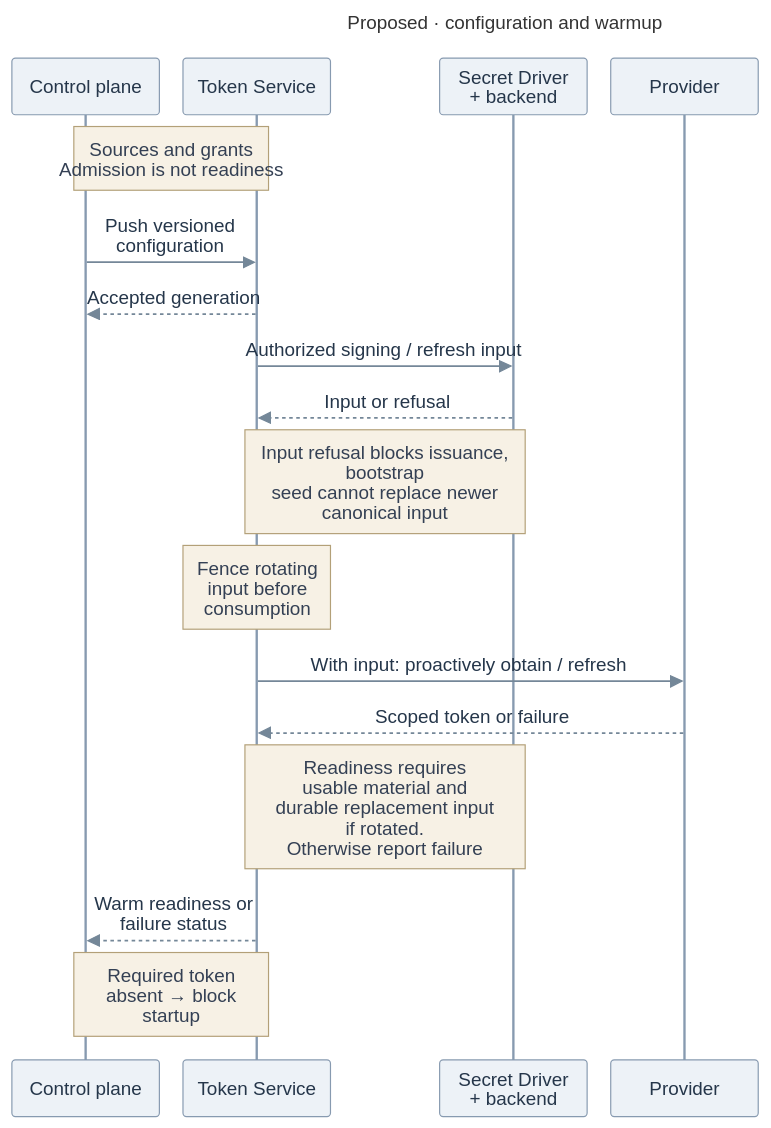
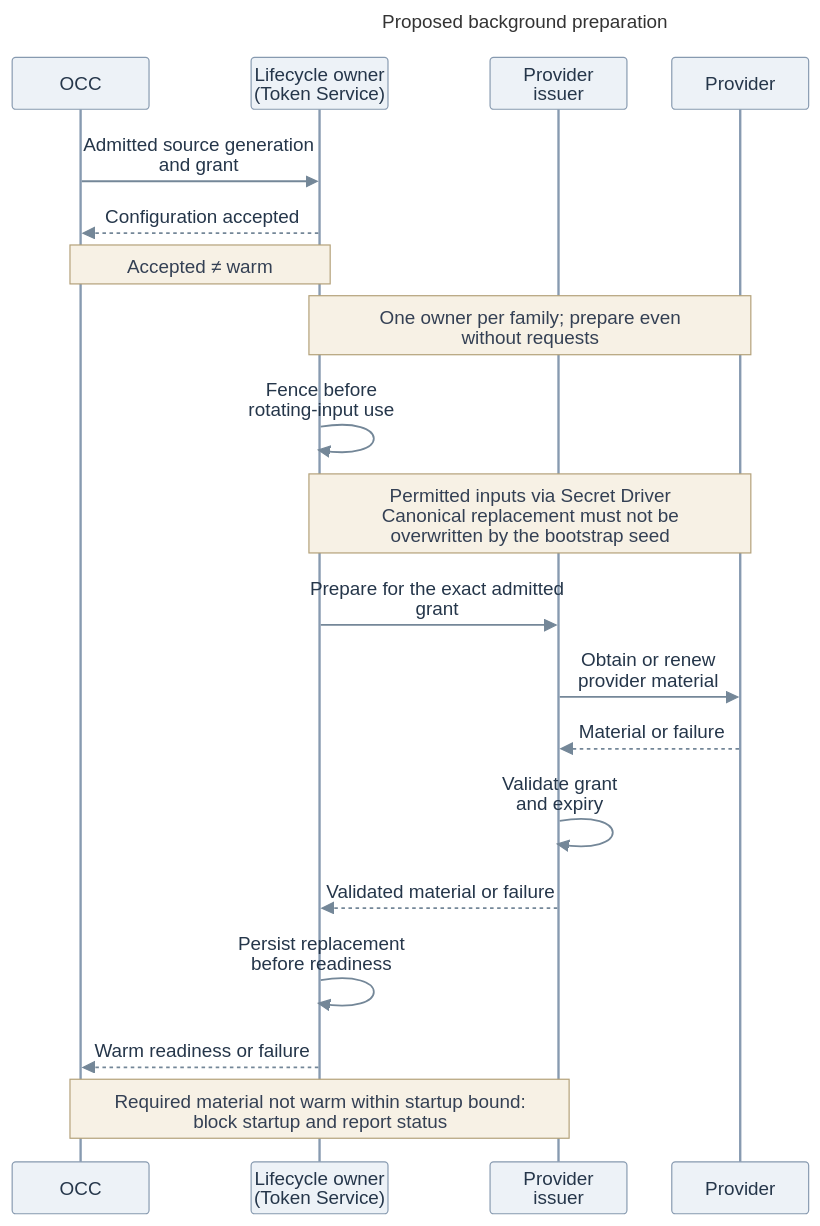
One commit to freeqaz-openai/openclaw-enterprise changed the diagram in specs/rfcs/0019-egress-proxy-credential-lifecycle/assets/configuration-warmup.mmd. Above: the diagram before and after it, drawn with Mermaid. The commit also changed 16 other files, not shown here.

Commit message:
docs(rfc): clarify egress architecture and security model

```diff
--- a/specs/rfcs/0019-egress-proxy-credential-lifecycle/assets/configuration-warmup.mmd
+++ b/specs/rfcs/0019-egress-proxy-credential-lifecycle/assets/configuration-warmup.mmd
@@ -1,44 +1,46 @@
 ---
-title: "Proposed · configuration and warmup"
+title: "Proposed background preparation"
 config:
   theme: base
   themeVariables:
     fontFamily: "Arial, sans-serif"
     fontSize: "16px"
     actorBkg: "#EDF2F7"
     actorBorder: "#879AB0"
     actorTextColor: "#25364A"
     noteBkgColor: "#F7F1E5"
     noteBorderColor: "#B3A078"
     noteTextColor: "#344054"
     signalColor: "#748798"
     signalTextColor: "#25364A"
   sequence:
     useMaxWidth: false
-    actorMargin: 20
-    width: 125
-    height: 48
-    diagramMarginX: 16
-    diagramMarginY: 16
-    messageMargin: 20
-    noteMargin: 10
+    actorMargin: 18
+    width: 116
+    height: 44
+    diagramMarginX: 12
+    diagramMarginY: 12
+    messageMargin: 16
+    noteMargin: 8
     mirrorActors: true
     wrap: true
 ---
 sequenceDiagram
-  participant C as Control plane
-  participant T as Token Service
-  participant S as Secret Driver<br/>+ backend
+  participant C as OCC
+  participant L as Lifecycle owner<br/>(Token Service)
+  participant I as Provider issuer
   participant P as Provider
-  Note over C,T: Sources and grants<br/>Admission is not readiness
-  C->>T: Push versioned configuration
-  T-->>C: Accepted generation
-  T->>S: Authorized signing / refresh input
-  S-->>T: Input or refusal
-  Note over T,S: Input refusal blocks issuance,<br/>bootstrap seed cannot replace newer canonical input
-  Note over T: Fence rotating input before consumption
-  T->>P: With input: proactively obtain / refresh
-  P-->>T: Scoped token or failure
-  Note over T,S: Readiness requires<br/>usable material and<br/>durable replacement input<br/>if rotated.<br/>Otherwise report failure
-  T-->>C: Warm readiness or failure status
-  Note over C,T: Required token absent → block startup
+  C->>L: Admitted source generation and grant
+  L-->>C: Configuration accepted
+  Note over C,L: Accepted ≠ warm
+  Note over L,P: One owner per family#59; prepare even without requests
+  L->>L: Fence before<br/>rotating-input use
+  Note over L,P: Permitted inputs via Secret Driver<br/>Canonical replacement must not be<br/>overwritten by the bootstrap seed
+  L->>I: Prepare for the exact admitted grant
+  I->>P: Obtain or renew provider material
+  P-->>I: Material or failure
+  I->>I: Validate grant<br/>and expiry
+  I-->>L: Validated material or failure
+  L->>L: Persist replacement<br/>before readiness
+  L-->>C: Warm readiness or failure
+  Note over C,I: Required material not warm within startup bound:<br/>block startup and report status
```
